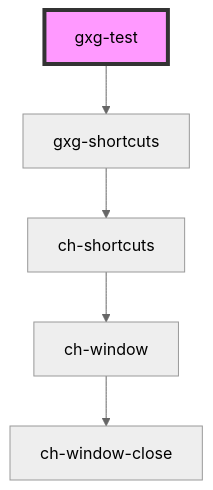
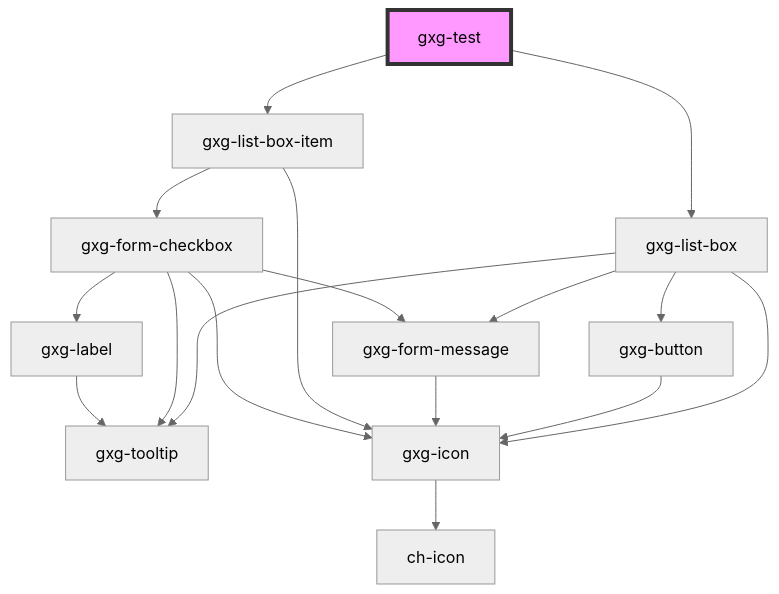
Before and after one commit to genexuslabs/gemini: the diagram in src/components/test/readme.md, drawn with Mermaid (neutral theme). The commit also changed other lines of this file and 4 other files, not shown here.

````diff
--- a/src/components/test/readme.md
+++ b/src/components/test/readme.md
@@ -13,8 +21,20 @@
 ```mermaid
 graph TD;
-  gxg-test --> gxg-shortcuts
-  gxg-shortcuts --> ch-shortcuts
-  ch-shortcuts --> ch-window
-  ch-window --> ch-window-close
+  gxg-test --> gxg-list-box
+  gxg-test --> gxg-list-box-item
+  gxg-list-box --> gxg-button
+  gxg-list-box --> gxg-form-message
+  gxg-list-box --> gxg-tooltip
+  gxg-list-box --> gxg-icon
+  gxg-button --> gxg-icon
+  gxg-icon --> ch-icon
+  gxg-form-message --> gxg-icon
+  gxg-list-box-item --> gxg-form-checkbox
+  gxg-list-box-item --> gxg-icon
+  gxg-form-checkbox --> gxg-icon
+  gxg-form-checkbox --> gxg-label
+  gxg-form-checkbox --> gxg-form-message
+  gxg-form-checkbox --> gxg-tooltip
+  gxg-label --> gxg-tooltip
   style gxg-test fill:#f9f,stroke:#333,stroke-width:4px
 ```
````
